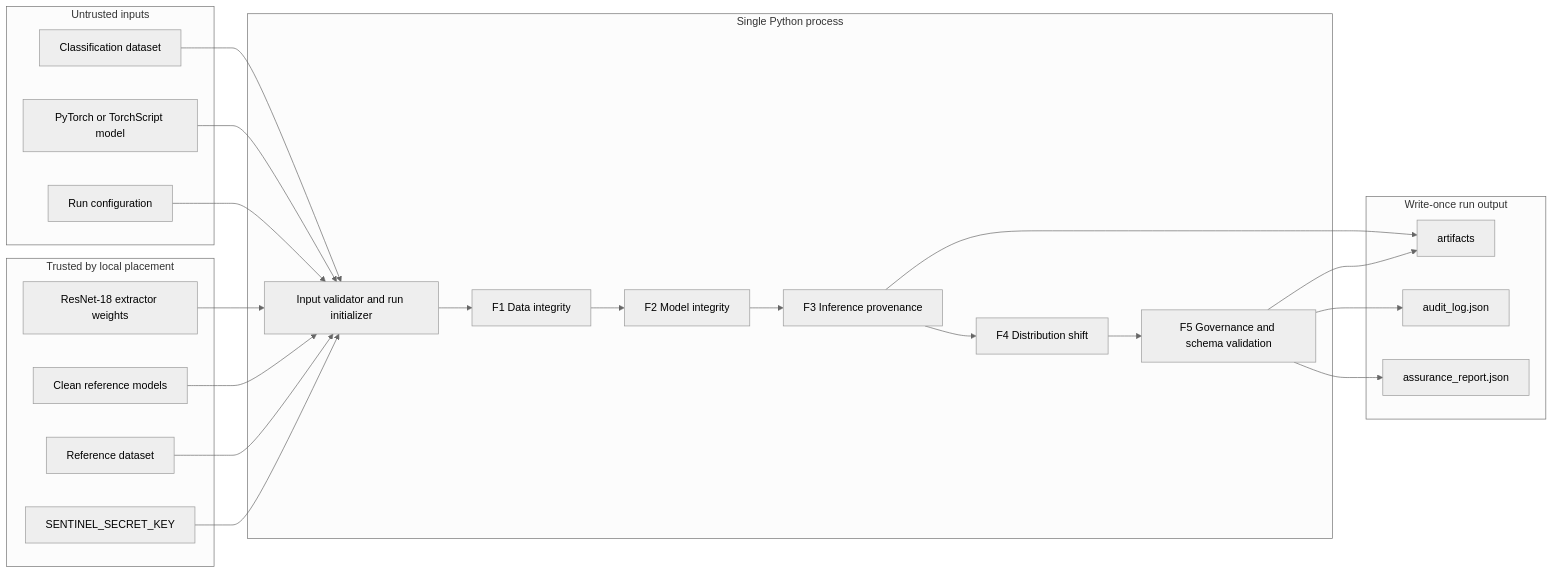
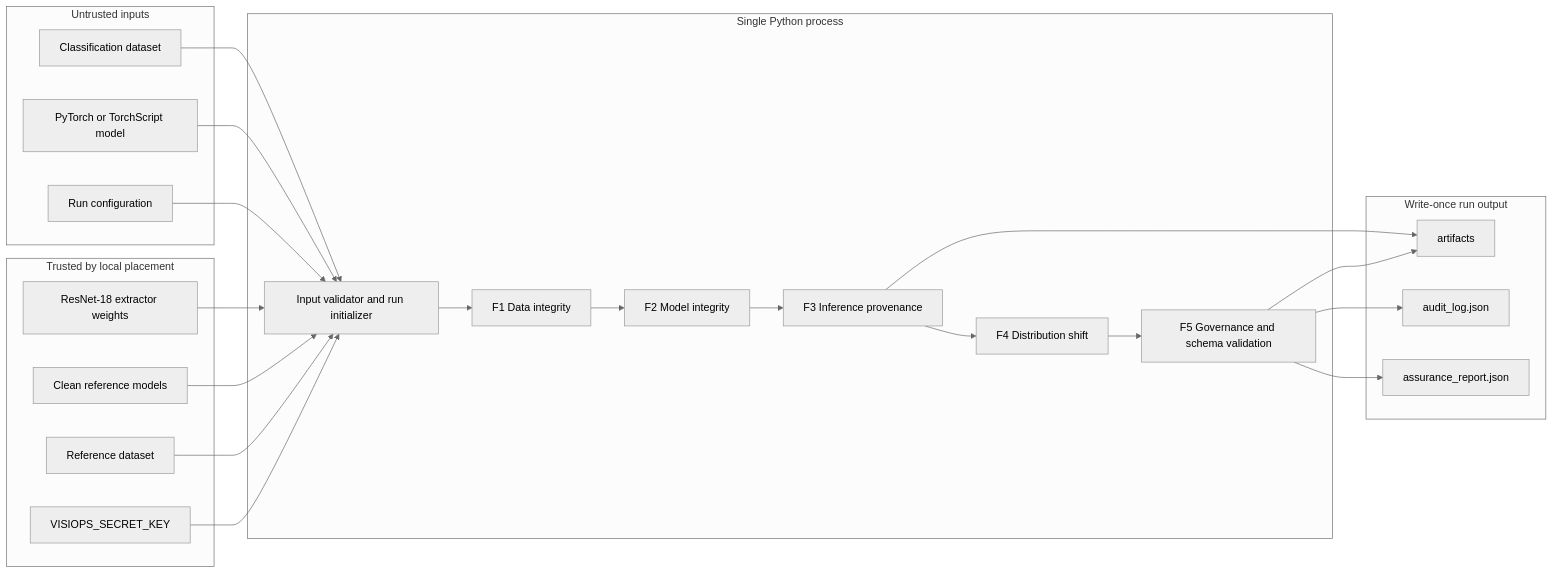
One commit to ayushman4107/SIH-Project changed the diagram in docs/phase2/02_TECHNICAL_REQUIREMENTS_DOCUMENT.md. Above: the diagram before and after it, drawn with Mermaid (neutral theme). The commit also changed other lines of this file and 118 other files, not shown here.

````diff
--- a/docs/phase2/02_TECHNICAL_REQUIREMENTS_DOCUMENT.md
+++ b/docs/phase2/02_TECHNICAL_REQUIREMENTS_DOCUMENT.md
@@ -17,43 +17,43 @@
 ```mermaid
 flowchart LR
     subgraph U[Untrusted inputs]
         D[Classification dataset]
         M[PyTorch or TorchScript model]
         C[Run configuration]
     end
 
     subgraph T[Trusted by local placement]
         E[ResNet-18 extractor weights]
         R[Clean reference models]
         RD[Reference dataset]
-        K[SENTINEL_SECRET_KEY]
+        K[VISIOPS_SECRET_KEY]
     end
 
     subgraph P[Single Python process]
         V[Input validator and run initializer]
         F1[F1 Data integrity]
         F2[F2 Model integrity]
         F3[F3 Inference provenance]
         F4[F4 Distribution shift]
         F5[F5 Governance and schema validation]
     end
 
     subgraph O[Write-once run output]
         A[artifacts]
         L[audit_log.json]
         AR[assurance_report.json]
     end
 
     D --> V
     M --> V
     C --> V
     E --> V
     R --> V
     RD --> V
     K --> V
     V --> F1 --> F2 --> F3 --> F4 --> F5
     F3 --> A
     F5 --> L
     F5 --> AR
     F5 --> A
 ```
````
